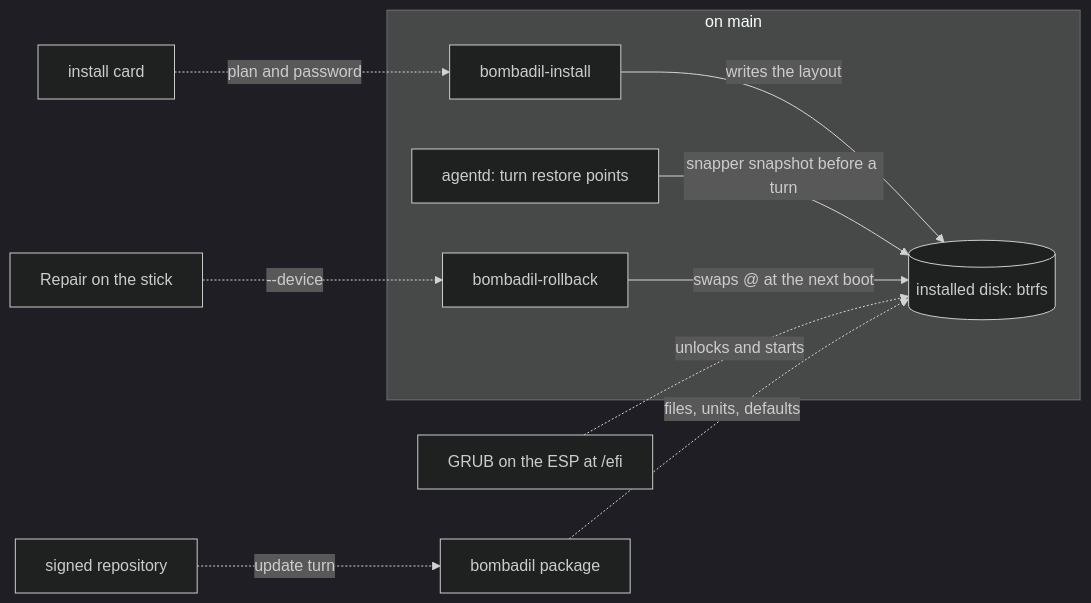
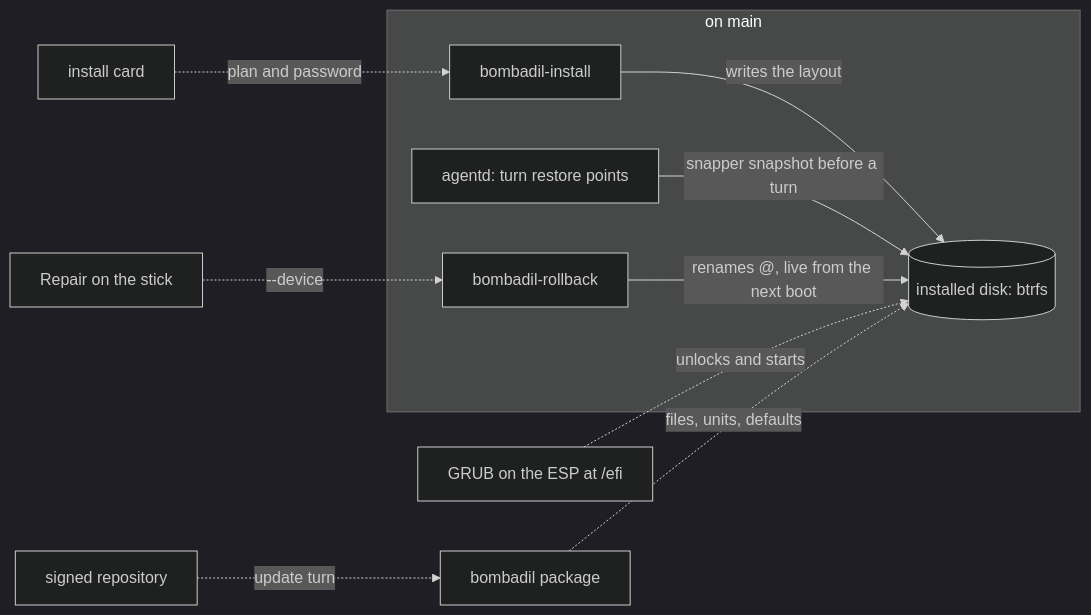
The diagram in docs/architecture/installed-os.md (thedefaultman/Bombadil), drawn with Mermaid (dark theme) before and after one commit. The commit also changed other lines of this file and 26 other files, not shown here.

First line of the commit message:
docs: work in progress on architecture pages, decision log, reference, security model, UX flows, forking guide

````diff
--- a/docs/architecture/installed-os.md
+++ b/docs/architecture/installed-os.md
@@ -45,22 +45,22 @@
 ```mermaid
 flowchart LR
     subgraph onmain["on main"]
         INSTALL["bombadil-install"]
         AGENTD["agentd: turn restore points"]
         ROLLBACK["bombadil-rollback"]
         DISK[("installed disk: btrfs")]
     end
     CARD["install card"]
     GRUB["GRUB on the ESP at /efi"]
     REPO["signed repository"]
     PKG["bombadil package"]
     REPAIR["Repair on the stick"]
     INSTALL -->|"writes the layout"| DISK
     AGENTD -->|"snapper snapshot before a turn"| DISK
-    ROLLBACK -->|"swaps @ at the next boot"| DISK
+    ROLLBACK -->|"renames @, live from the next boot"| DISK
     CARD -.->|"plan and password"| INSTALL
     GRUB -.->|"unlocks and starts"| DISK
     REPO -.->|"update turn"| PKG
     PKG -.->|"files, units, defaults"| DISK
     REPAIR -.->|"--device"| ROLLBACK
 ```
````
